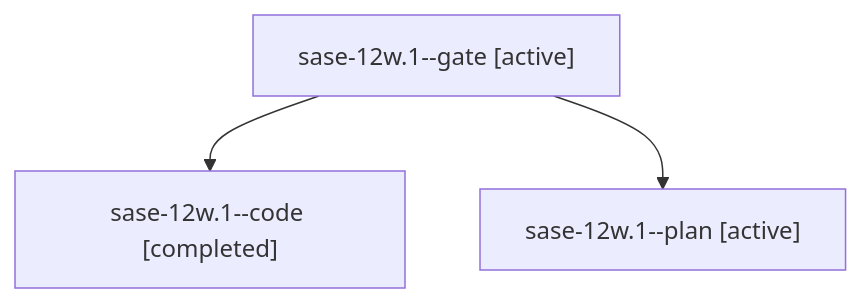
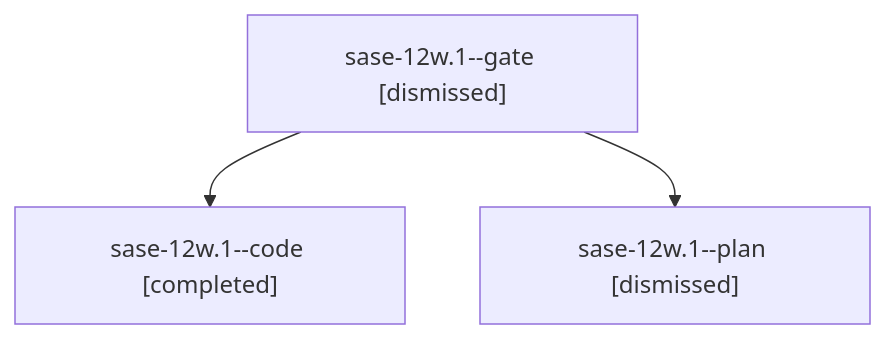
The diagram in sessions/bbugyi200.athena.sase-12w.1.md (sase-org/sase--agents), drawn with Mermaid before and after one commit. The commit also changed other lines of this file and 219 other files, not shown here.

````diff
--- a/sessions/bbugyi200.athena.sase-12w.1.md
+++ b/sessions/bbugyi200.athena.sase-12w.1.md
@@ -9,8 +9,8 @@
 ```mermaid
 flowchart TD
-  n0["sase-12w.1--gate [active]"]
+  n0["sase-12w.1--gate [dismissed]"]
   n1["sase-12w.1--code [completed]"]
   n0 --> n1
-  n2["sase-12w.1--plan [active]"]
+  n2["sase-12w.1--plan [dismissed]"]
   n0 --> n2
 ```
````
